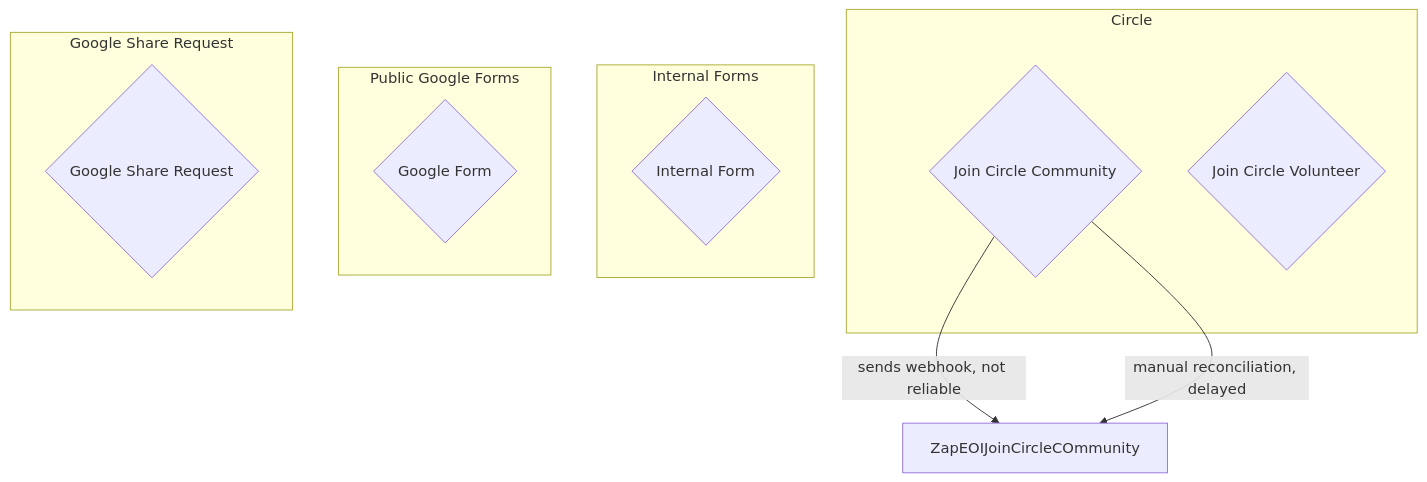
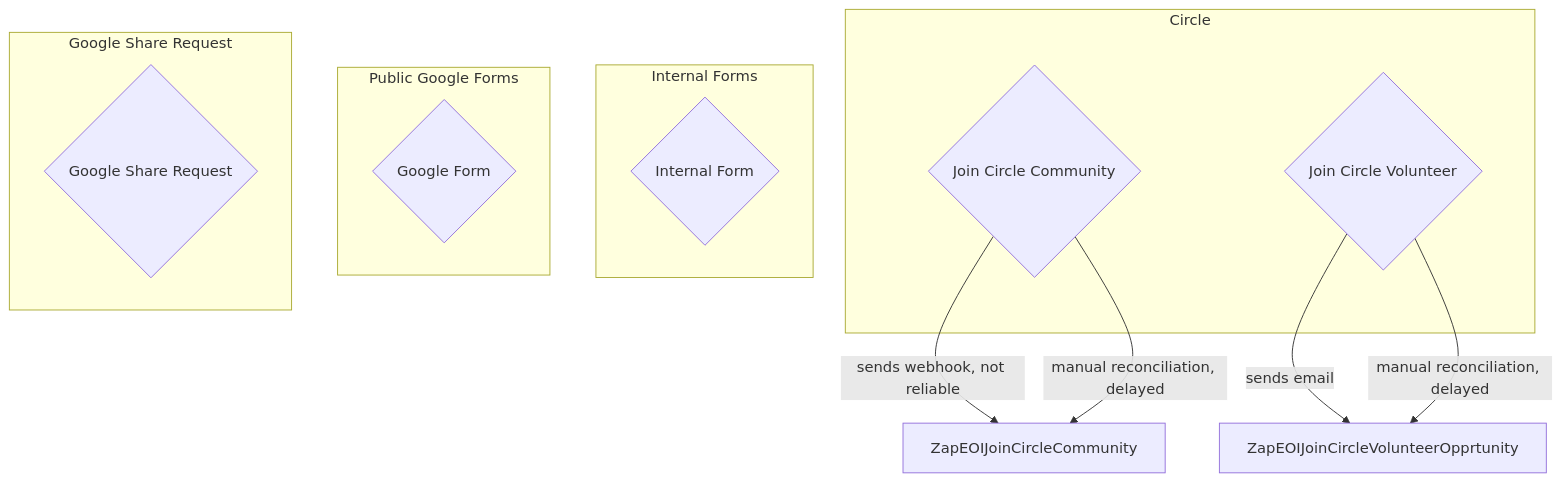
One commit to CloudSecurityAlliance/CSA-IT-Operations changed the diagram in projects/WG-automation/WG-automation-3.md. Above: the diagram before and after it, drawn with Mermaid.

````diff
--- a/projects/WG-automation/WG-automation-3.md
+++ b/projects/WG-automation/WG-automation-3.md
@@ -1,37 +1,43 @@
 ```mermaid
 graph TD;
 
 %% CIRCLE SIDE
 %% Verified email, user initiates action
 subgraph Circle
 joinCircleCommunity{Join Circle Community}
 joinCircleVolunteer{Join Circle Volunteer}
 end
 
-joinCircleCommunity-->|sends webhook, not reliable|ZapEOIJoinCircleCOmmunity
-joinCircleCommunity-->|manual reconciliation, delayed|ZapEOIJoinCircleCOmmunity
+joinCircleCommunity-->|sends webhook, not reliable|ZapEOIJoinCircleCommunity
+joinCircleCommunity-->|manual reconciliation, delayed|ZapEOIJoinCircleCommunity
+%% POST api/v2.0/Communities/GetCommunityMembers
+
+joinCircleVolunteer-->|sends email|ZapEOIJoinCircleVolunteerOpprtunity
+joinCircleVolunteer-->|manual reconciliation, delayed|ZapEOIJoinCircleVolunteerOpprtunity
+%% GET api/v2.0/Volunteer/GetVolunteerList?volunteerOpportunityKey={volunteerOpportunityKey}
+
 
 %% Internal Forms
 %% Internal form, assumes EOI given
 subgraph Internal Forms
 FillOutInternalForm{Internal Form}
 end
 
 
 
 %% Public Google Forms
 %% Rerquire valid google account email, so that ensures sharing will work
 subgraph Public Google Forms
 FillOutGoogleForm{Google Form}
 end
 
 %% Google Share Request
 %% Rerquire valid google account email, so that ensures sharing will work
 %% This could be automated to add tem, or reply with signup links
 subgraph Google Share Request
 GoogleShareRequest{Google Share Request}
 end
 
 
 
 ```
````
